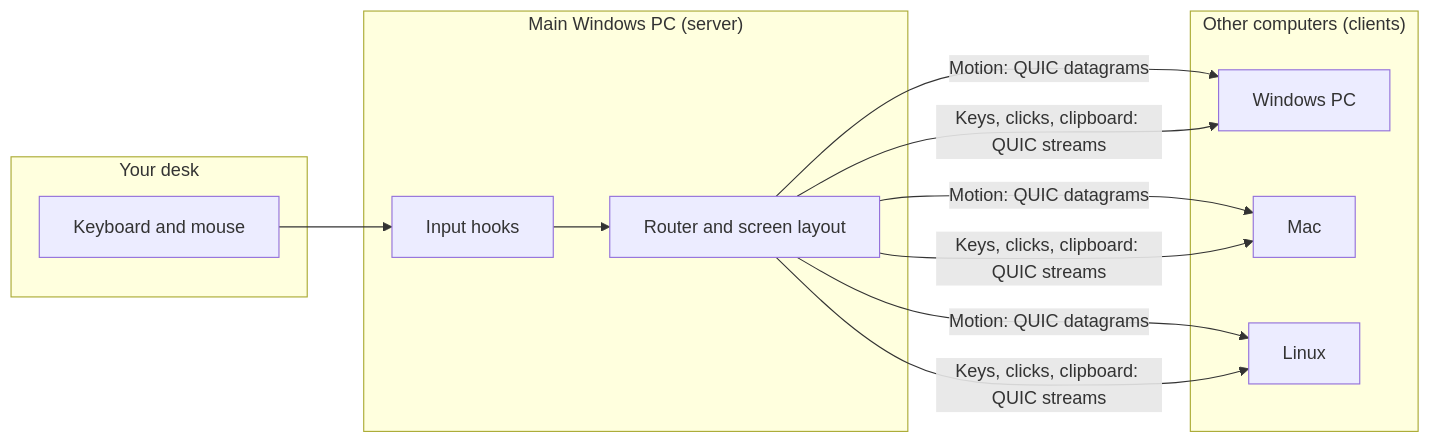
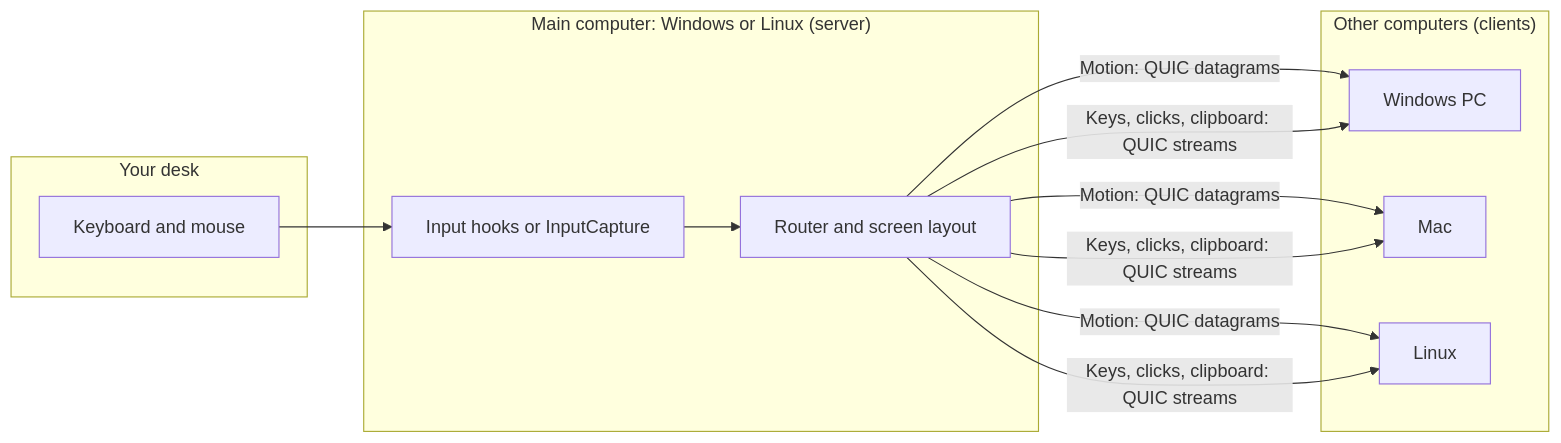
One commit to actus7/mousex changed the diagram in README.md. Above: the diagram before and after it, drawn with Mermaid. The commit also changed other lines of this file and 4 other files, not shown here.

````diff
--- a/README.md
+++ b/README.md
@@ -142,26 +160,26 @@
 ```mermaid
 flowchart LR
     subgraph Desk["Your desk"]
         K[Keyboard and mouse]
     end
 
-    subgraph Server["Main Windows PC (server)"]
-        H[Input hooks]
+    subgraph Server["Main computer: Windows or Linux (server)"]
+        H[Input hooks or InputCapture]
         R[Router and screen layout]
         H --> R
     end
 
     subgraph Clients["Other computers (clients)"]
         W[Windows PC]
         M[Mac]
         L[Linux]
     end
 
     K --> H
     R -- "Motion: QUIC datagrams" --> W
     R -- "Keys, clicks, clipboard: QUIC streams" --> W
     R -- "Motion: QUIC datagrams" --> M
     R -- "Keys, clicks, clipboard: QUIC streams" --> M
     R -- "Motion: QUIC datagrams" --> L
     R -- "Keys, clicks, clipboard: QUIC streams" --> L
 ```
````
